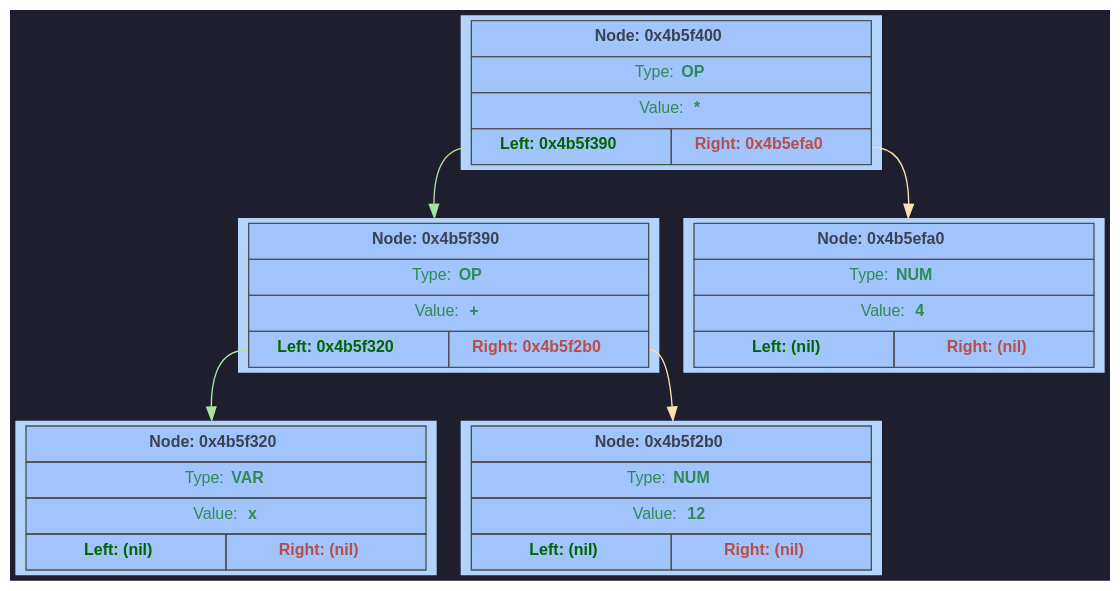
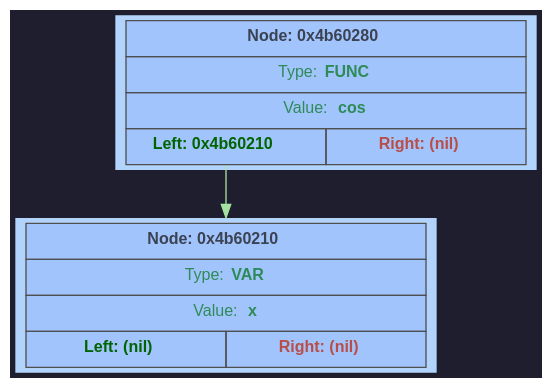
Before and after one commit to F1merhub/Differencator: the diagram in GraphDump/dump.dot, drawn with Graphviz. The commit also changed 18 other files, not shown here.

```diff
--- a/GraphDump/dump.dot
+++ b/GraphDump/dump.dot
@@ -1,59 +1,26 @@
 digraph G {
 	rankdir = TB;
 	bgcolor="#1e1e2e";
 	node [shape=rectangle, style=filled, fontname=Helvetica, fontsize=12, fillcolor="#89b4fa", color="#cba6f7", fontcolor="#1e1e2e"];
-	node0x4b5f400 [shape=plaintext; style=filled; color="#fcf0d2"; fillcolor="#b2d4fc"; label = <
+	node0x4b60280 [shape=plaintext; style=filled; color="#fcf0d2"; fillcolor="#b2d4fc"; label = <
 		<table BORDER="0" CELLBORDER="1" CELLSPACING="0" CELLPADDING="6" BGCOLOR="#a1c4fd" COLOR="#4f4f4f">
-			<tr><td align='center' colspan='2'><FONT COLOR='#3b4252'><b>Node: 0x4b5f400</b></FONT></td></tr>
-			<tr><td align='center' colspan='2'><FONT COLOR='#2e8b57'>Type: <b>OP</b></FONT></td></tr>
-			<tr><td align='center' colspan='2'><FONT COLOR='#2e8b57'>Value: <b>*</b></FONT></td></tr>
+			<tr><td align='center' colspan='2'><FONT COLOR='#3b4252'><b>Node: 0x4b60280</b></FONT></td></tr>
+			<tr><td align='center' colspan='2'><FONT COLOR='#2e8b57'>Type: <b>FUNC</b></FONT></td></tr>
+			<tr><td align='center' colspan='2'><FONT COLOR='#2e8b57'>Value: <b>cos</b></FONT></td></tr>
 			<tr>
-				<td WIDTH='150' PORT='left' align='center'><FONT COLOR='#006400'><b>Left: 0x4b5f390</b></FONT></td>
-				<td WIDTH='150' PORT='right' align='center'><FONT COLOR='#b94e48'><b>Right: 0x4b5efa0</b></FONT></td>
+				<td WIDTH='150' PORT='left' align='center'><FONT COLOR='#006400'><b>Left: 0x4b60210</b></FONT></td>
+				<td WIDTH='150' PORT='right' align='center'><FONT COLOR='#b94e48'><b>Right: (nil)</b></FONT></td>
 			</tr>
 		</table> >];
-	node0x4b5f390 [shape=plaintext; style=filled; color="#fcf0d2"; fillcolor="#b2d4fc"; label = <
+	node0x4b60210 [shape=plaintext; style=filled; color="#fcf0d2"; fillcolor="#b2d4fc"; label = <
 		<table BORDER="0" CELLBORDER="1" CELLSPACING="0" CELLPADDING="6" BGCOLOR="#a1c4fd" COLOR="#4f4f4f">
-			<tr><td align='center' colspan='2'><FONT COLOR='#3b4252'><b>Node: 0x4b5f390</b></FONT></td></tr>
-			<tr><td align='center' colspan='2'><FONT COLOR='#2e8b57'>Type: <b>OP</b></FONT></td></tr>
-			<tr><td align='center' colspan='2'><FONT COLOR='#2e8b57'>Value: <b>+</b></FONT></td></tr>
-			<tr>
-				<td WIDTH='150' PORT='left' align='center'><FONT COLOR='#006400'><b>Left: 0x4b5f320</b></FONT></td>
-				<td WIDTH='150' PORT='right' align='center'><FONT COLOR='#b94e48'><b>Right: 0x4b5f2b0</b></FONT></td>
-			</tr>
-		</table> >];
-	node0x4b5f320 [shape=plaintext; style=filled; color="#fcf0d2"; fillcolor="#b2d4fc"; label = <
-		<table BORDER="0" CELLBORDER="1" CELLSPACING="0" CELLPADDING="6" BGCOLOR="#a1c4fd" COLOR="#4f4f4f">
-			<tr><td align='center' colspan='2'><FONT COLOR='#3b4252'><b>Node: 0x4b5f320</b></FONT></td></tr>
+			<tr><td align='center' colspan='2'><FONT COLOR='#3b4252'><b>Node: 0x4b60210</b></FONT></td></tr>
 			<tr><td align='center' colspan='2'><FONT COLOR='#2e8b57'>Type: <b>VAR</b></FONT></td></tr>
 			<tr><td align='center' colspan='2'><FONT COLOR='#2e8b57'>Value: <b>x</b></FONT></td></tr>
 			<tr>
 				<td WIDTH='150' PORT='left' align='center'><FONT COLOR='#006400'><b>Left: (nil)</b></FONT></td>
 				<td WIDTH='150' PORT='right' align='center'><FONT COLOR='#b94e48'><b>Right: (nil)</b></FONT></td>
 			</tr>
 		</table> >];
-	node0x4b5f390:left -> node0x4b5f320 [color="#a6e3a1"]
-	node0x4b5f2b0 [shape=plaintext; style=filled; color="#fcf0d2"; fillcolor="#b2d4fc"; label = <
-		<table BORDER="0" CELLBORDER="1" CELLSPACING="0" CELLPADDING="6" BGCOLOR="#a1c4fd" COLOR="#4f4f4f">
-			<tr><td align='center' colspan='2'><FONT COLOR='#3b4252'><b>Node: 0x4b5f2b0</b></FONT></td></tr>
-			<tr><td align='center' colspan='2'><FONT COLOR='#2e8b57'>Type: <b>NUM</b></FONT></td></tr>
-			<tr><td align='center' colspan='2'><FONT COLOR='#2e8b57'>Value: <b>12</b></FONT></td></tr>
-			<tr>
-				<td WIDTH='150' PORT='left' align='center'><FONT COLOR='#006400'><b>Left: (nil)</b></FONT></td>
-				<td WIDTH='150' PORT='right' align='center'><FONT COLOR='#b94e48'><b>Right: (nil)</b></FONT></td>
-			</tr>
-		</table> >];
-	node0x4b5f390:right -> node0x4b5f2b0 [color="#f9e2af"]
-	node0x4b5f400:left -> node0x4b5f390 [color="#a6e3a1"]
-	node0x4b5efa0 [shape=plaintext; style=filled; color="#fcf0d2"; fillcolor="#b2d4fc"; label = <
-		<table BORDER="0" CELLBORDER="1" CELLSPACING="0" CELLPADDING="6" BGCOLOR="#a1c4fd" COLOR="#4f4f4f">
-			<tr><td align='center' colspan='2'><FONT COLOR='#3b4252'><b>Node: 0x4b5efa0</b></FONT></td></tr>
-			<tr><td align='center' colspan='2'><FONT COLOR='#2e8b57'>Type: <b>NUM</b></FONT></td></tr>
-			<tr><td align='center' colspan='2'><FONT COLOR='#2e8b57'>Value: <b>4</b></FONT></td></tr>
-			<tr>
-				<td WIDTH='150' PORT='left' align='center'><FONT COLOR='#006400'><b>Left: (nil)</b></FONT></td>
-				<td WIDTH='150' PORT='right' align='center'><FONT COLOR='#b94e48'><b>Right: (nil)</b></FONT></td>
-			</tr>
-		</table> >];
-	node0x4b5f400:right -> node0x4b5efa0 [color="#f9e2af"]
+	node0x4b60280:left -> node0x4b60210 [color="#a6e3a1"]
 }
```
